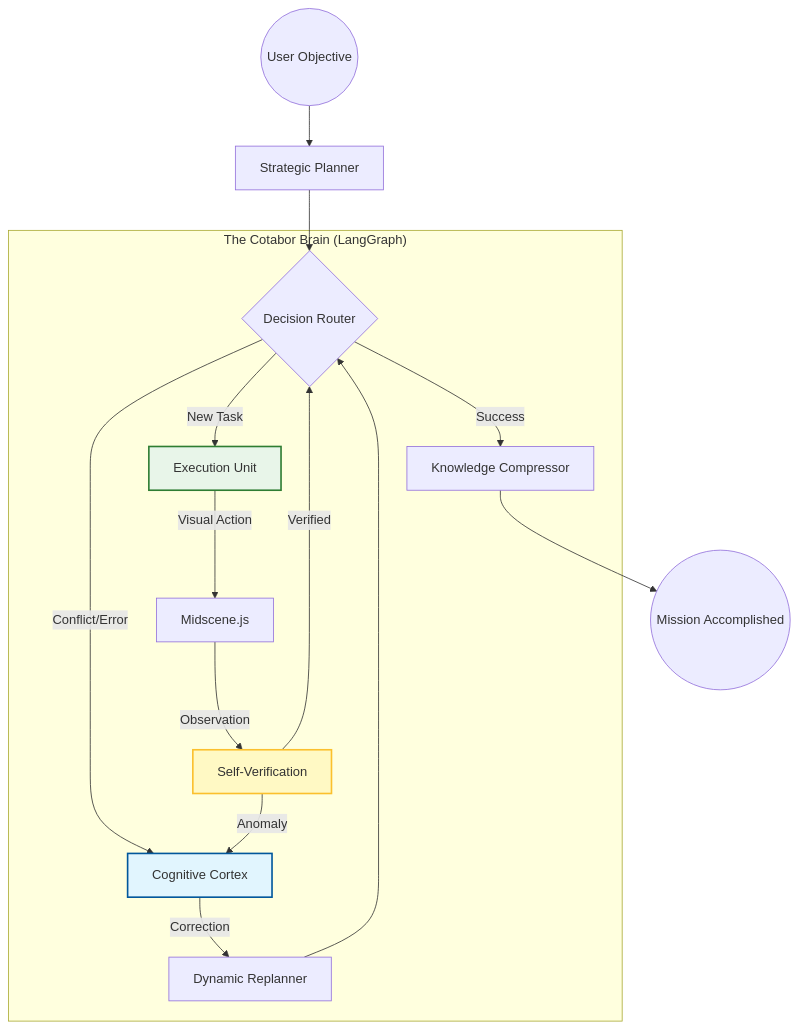
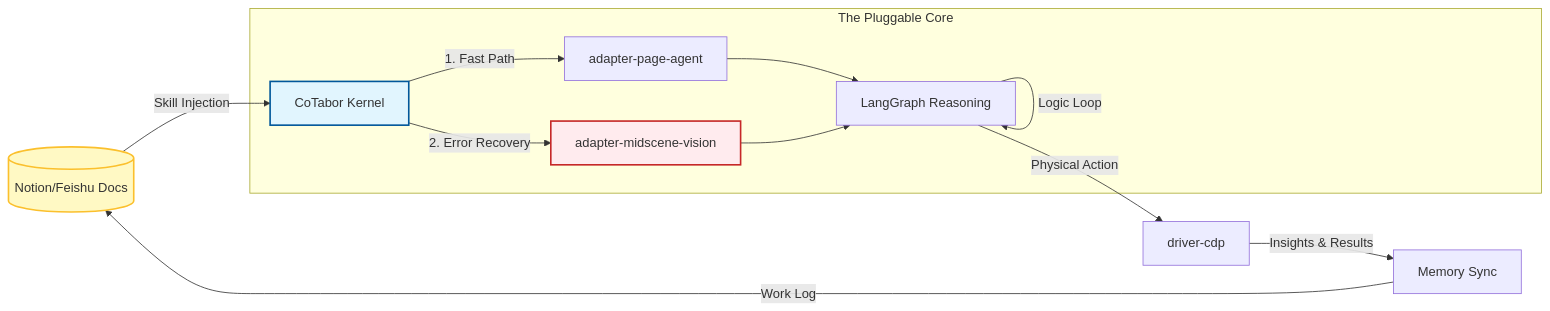
The diagram in README.md (AngusTarsWong/CoTabor), drawn with Mermaid before and after one commit. The commit also changed other lines of this file and 5 other files, not shown here.

````diff
--- a/README.md
+++ b/README.md
@@ -29,27 +37,21 @@
 ```mermaid
-graph TD
-    Start((User Objective)) --> Planner[Strategic Planner]
-    Planner --> Router{Decision Router}
+graph LR
+    Doc[(Notion/Feishu Docs)] -- "Skill Injection" --> Kernel[CoTabor Kernel]
     
-    subgraph "The Cotabor Brain (LangGraph)"
-        Router -- "New Task" --> Executor[Execution Unit]
-        Router -- "Conflict/Error" --> Cortex[Cognitive Cortex]
-        Router -- "Success" --> Memory[Knowledge Compressor]
+    subgraph "The Pluggable Core"
+        Kernel -- "1. Fast Path" --> L1[adapter-page-agent]
+        Kernel -- "2. Error Recovery" --> L3[adapter-midscene-vision]
         
-        Executor -- "Visual Action" --> Midscene[Midscene.js]
-        Midscene -- "Observation" --> Watchdog[Self-Verification]
-        
-        Watchdog -- "Verified" --> Router
-        Watchdog -- "Anomaly" --> Cortex
-        
-        Cortex -- "Correction" --> Replanner[Dynamic Replanner]
-        Replanner --> Router
+        L1 & L3 --> Brain[LangGraph Reasoning]
+        Brain -- "Logic Loop" --> Brain
     end
     
-    Memory --> End((Mission Accomplished))
-    
-    style Cortex fill:#e1f5fe,stroke:#01579b,stroke-width:2px
-    style Watchdog fill:#fff9c4,stroke:#fbc02d,stroke-width:2px
-    style Executor fill:#e8f5e9,stroke:#2e7d32,stroke-width:2px
+    Brain -- "Physical Action" --> Driver[driver-cdp]
+    Driver -- "Insights & Results" --> Memory[Memory Sync]
+    Memory -- "Work Log" --> Doc
+
+    style Doc fill:#fff9c4,stroke:#fbc02d,stroke-width:2px
+    style Kernel fill:#e1f5fe,stroke:#01579b,stroke-width:2px
+    style L3 fill:#ffebee,stroke:#c62828,stroke-width:2px
 
 ```
````
